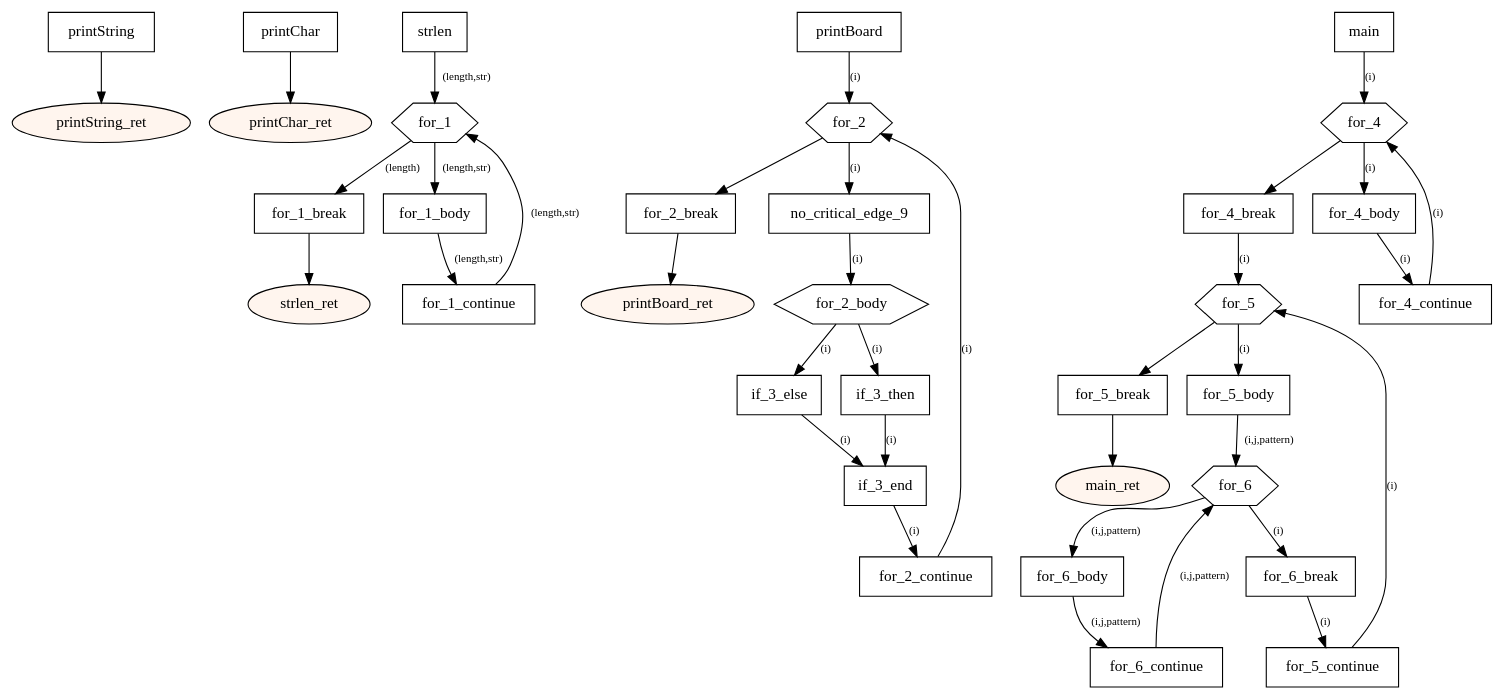
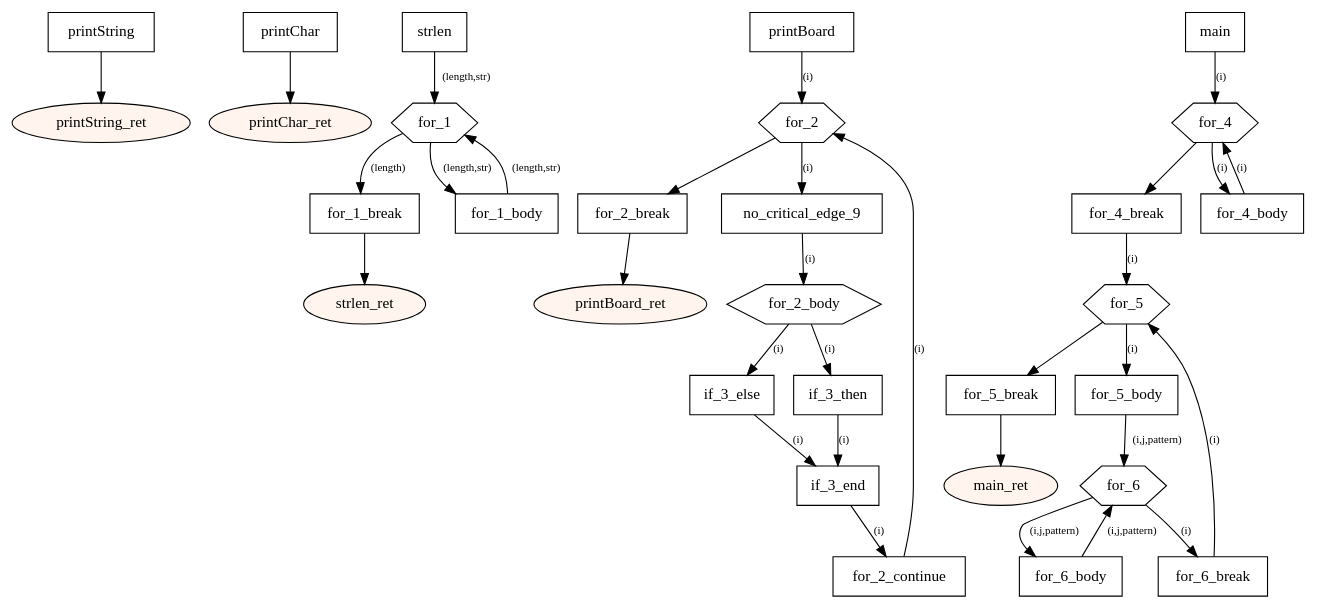
Before and after one commit to tmssngr/tinyC: the diagram in src/main/resources-test/15 rule110.dot, drawn with Graphviz. The commit also changed 34 other files, not shown here.

```diff
--- a/src/main/resources-test/15 rule110.dot
+++ b/src/main/resources-test/15 rule110.dot
@@ -1,82 +1,74 @@
 digraph program {
 	edge[fontsize="10pt"];
 	subgraph fn_printString {
 		BasicBlock_0_printString [label="printString",shape=box];
 		BasicBlock_0_printString -> BasicBlock_0_printString_ret;
 		BasicBlock_0_printString_ret [label="printString_ret",shape=oval,style=filled,fillcolor="#fff5ee"];
 	}
 	subgraph fn_printChar {
 		BasicBlock_1_printChar [label="printChar",shape=box];
 		BasicBlock_1_printChar -> BasicBlock_1_printChar_ret;
 		BasicBlock_1_printChar_ret [label="printChar_ret",shape=oval,style=filled,fillcolor="#fff5ee"];
 	}
 	subgraph fn_strlen {
 		BasicBlock_2_strlen [label="strlen",shape=box];
 		BasicBlock_2_strlen -> BasicBlock_2_for_1 [label="(length,str)"];
 		BasicBlock_2_for_1 [label="for_1",shape=hexagon];
 		BasicBlock_2_for_1 -> BasicBlock_2_for_1_break [label="(length)"];
 		BasicBlock_2_for_1 -> BasicBlock_2_for_1_body [label="(length,str)"];
 		BasicBlock_2_for_1_body [label="for_1_body",shape=box];
-		BasicBlock_2_for_1_body -> BasicBlock_2_for_1_continue [label="(length,str)"];
-		BasicBlock_2_for_1_continue [label="for_1_continue",shape=box];
-		BasicBlock_2_for_1_continue -> BasicBlock_2_for_1 [label="(length,str)"];
+		BasicBlock_2_for_1_body -> BasicBlock_2_for_1 [label="(length,str)"];
 		BasicBlock_2_for_1_break [label="for_1_break",shape=box];
 		BasicBlock_2_for_1_break -> BasicBlock_2_strlen_ret;
 		BasicBlock_2_strlen_ret [label="strlen_ret",shape=oval,style=filled,fillcolor="#fff5ee"];
 	}
 	subgraph fn_printBoard {
 		BasicBlock_3_printBoard [label="printBoard",shape=box];
 		BasicBlock_3_printBoard -> BasicBlock_3_for_2 [label="(i)"];
 		BasicBlock_3_for_2 [label="for_2",shape=hexagon];
 		BasicBlock_3_for_2 -> BasicBlock_3_for_2_break;
 		BasicBlock_3_for_2 -> BasicBlock_3_no_critical_edge_9 [label="(i)"];
 		BasicBlock_3_no_critical_edge_9 [label="no_critical_edge_9",shape=box];
 		BasicBlock_3_no_critical_edge_9 -> BasicBlock_3_for_2_body [label="(i)"];
 		BasicBlock_3_for_2_body [label="for_2_body",shape=hexagon];
 		BasicBlock_3_for_2_body -> BasicBlock_3_if_3_else [label="(i)"];
 		BasicBlock_3_for_2_body -> BasicBlock_3_if_3_then [label="(i)"];
 		BasicBlock_3_if_3_then [label="if_3_then",shape=box];
 		BasicBlock_3_if_3_then -> BasicBlock_3_if_3_end [label="(i)"];
 		BasicBlock_3_if_3_else [label="if_3_else",shape=box];
 		BasicBlock_3_if_3_else -> BasicBlock_3_if_3_end [label="(i)"];
 		BasicBlock_3_if_3_end [label="if_3_end",shape=box];
 		BasicBlock_3_if_3_end -> BasicBlock_3_for_2_continue [label="(i)"];
 		BasicBlock_3_for_2_continue [label="for_2_continue",shape=box];
 		BasicBlock_3_for_2_continue -> BasicBlock_3_for_2 [label="(i)"];
 		BasicBlock_3_for_2_break [label="for_2_break",shape=box];
 		BasicBlock_3_for_2_break -> BasicBlock_3_printBoard_ret;
 		BasicBlock_3_printBoard_ret [label="printBoard_ret",shape=oval,style=filled,fillcolor="#fff5ee"];
 	}
 	subgraph fn_main {
 		BasicBlock_4_main [label="main",shape=box];
 		BasicBlock_4_main -> BasicBlock_4_for_4 [label="(i)"];
 		BasicBlock_4_for_4 [label="for_4",shape=hexagon];
 		BasicBlock_4_for_4 -> BasicBlock_4_for_4_break;
 		BasicBlock_4_for_4 -> BasicBlock_4_for_4_body [label="(i)"];
 		BasicBlock_4_for_4_body [label="for_4_body",shape=box];
-		BasicBlock_4_for_4_body -> BasicBlock_4_for_4_continue [label="(i)"];
-		BasicBlock_4_for_4_continue [label="for_4_continue",shape=box];
-		BasicBlock_4_for_4_continue -> BasicBlock_4_for_4 [label="(i)"];
+		BasicBlock_4_for_4_body -> BasicBlock_4_for_4 [label="(i)"];
 		BasicBlock_4_for_4_break [label="for_4_break",shape=box];
 		BasicBlock_4_for_4_break -> BasicBlock_4_for_5 [label="(i)"];
 		BasicBlock_4_for_5 [label="for_5",shape=hexagon];
 		BasicBlock_4_for_5 -> BasicBlock_4_for_5_break;
 		BasicBlock_4_for_5 -> BasicBlock_4_for_5_body [label="(i)"];
 		BasicBlock_4_for_5_body [label="for_5_body",shape=box];
 		BasicBlock_4_for_5_body -> BasicBlock_4_for_6 [label="(i,j,pattern)"];
 		BasicBlock_4_for_6 [label="for_6",shape=hexagon];
 		BasicBlock_4_for_6 -> BasicBlock_4_for_6_break [label="(i)"];
 		BasicBlock_4_for_6 -> BasicBlock_4_for_6_body [label="(i,j,pattern)"];
 		BasicBlock_4_for_6_body [label="for_6_body",shape=box];
-		BasicBlock_4_for_6_body -> BasicBlock_4_for_6_continue [label="(i,j,pattern)"];
-		BasicBlock_4_for_6_continue [label="for_6_continue",shape=box];
-		BasicBlock_4_for_6_continue -> BasicBlock_4_for_6 [label="(i,j,pattern)"];
+		BasicBlock_4_for_6_body -> BasicBlock_4_for_6 [label="(i,j,pattern)"];
 		BasicBlock_4_for_6_break [label="for_6_break",shape=box];
-		BasicBlock_4_for_6_break -> BasicBlock_4_for_5_continue [label="(i)"];
-		BasicBlock_4_for_5_continue [label="for_5_continue",shape=box];
-		BasicBlock_4_for_5_continue -> BasicBlock_4_for_5 [label="(i)"];
+		BasicBlock_4_for_6_break -> BasicBlock_4_for_5 [label="(i)"];
 		BasicBlock_4_for_5_break [label="for_5_break",shape=box];
 		BasicBlock_4_for_5_break -> BasicBlock_4_main_ret;
 		BasicBlock_4_main_ret [label="main_ret",shape=oval,style=filled,fillcolor="#fff5ee"];
 	}
 }
```
